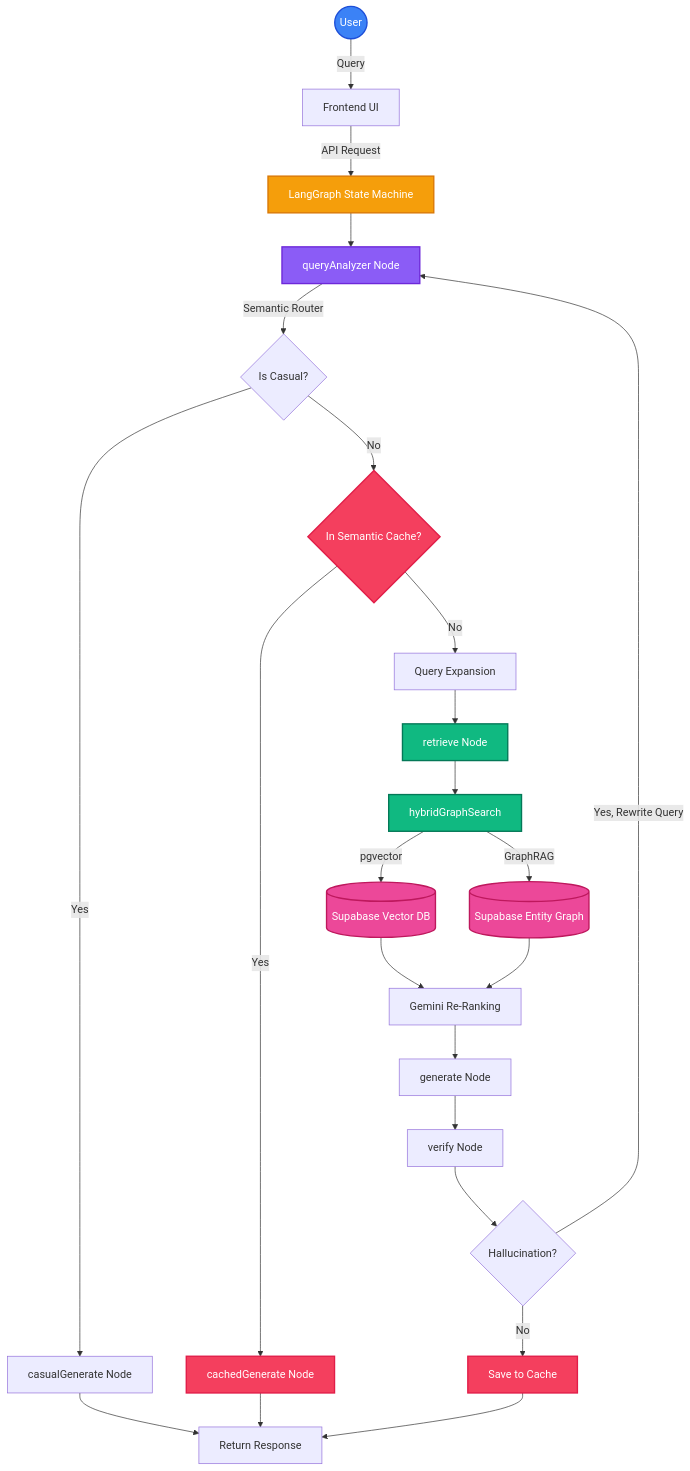
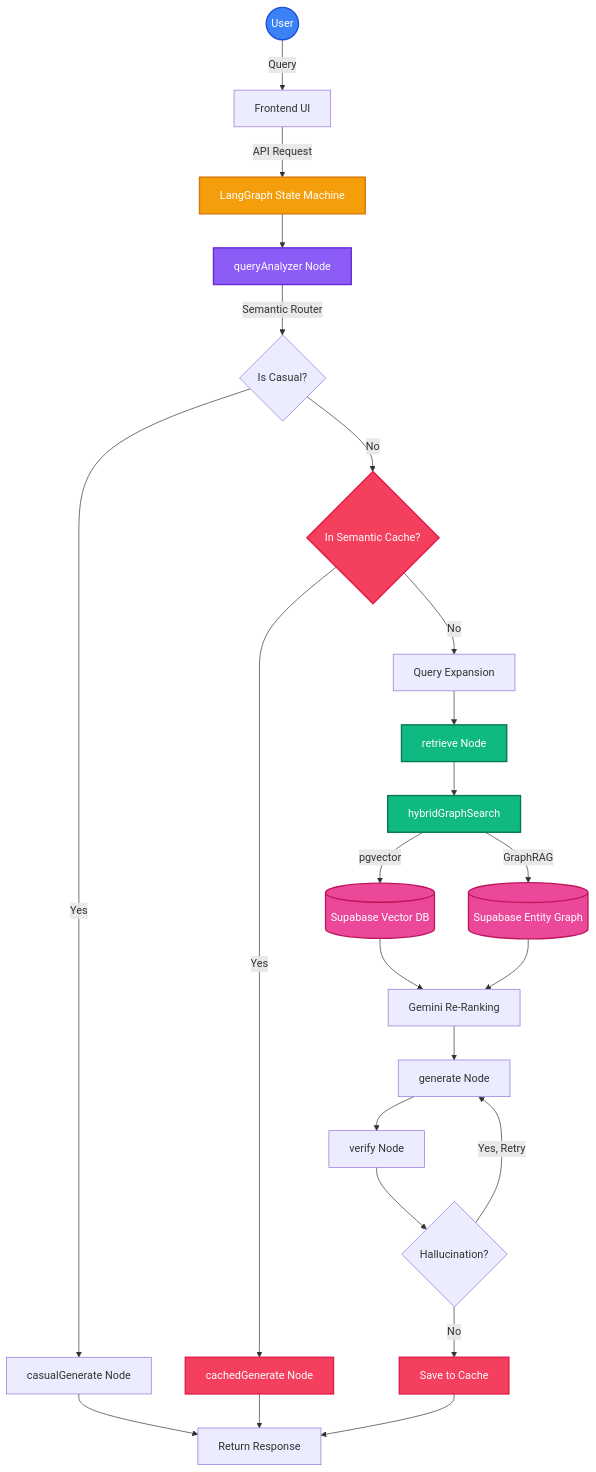
The diagram in README.md (Ayush-kathil/cura-assistant-RAG), drawn with Mermaid before and after one commit. The commit also changed other lines of this file, not shown here.

Commit message:
docs: rewrite README with single accurate diagram and humanized tone

````diff
--- a/README.md
+++ b/README.md
@@ -95,44 +11,44 @@
 ```mermaid
 graph TD
     %% Define Styles
     classDef user fill:#3b82f6,stroke:#1d4ed8,stroke-width:2px,color:#fff
     classDef state fill:#f59e0b,stroke:#d97706,stroke-width:2px,color:#fff
     classDef router fill:#8b5cf6,stroke:#6d28d9,stroke-width:2px,color:#fff
     classDef search fill:#10b981,stroke:#047857,stroke-width:2px,color:#fff
     classDef db fill:#ec4899,stroke:#be185d,stroke-width:2px,color:#fff
     classDef cache fill:#f43f5e,stroke:#e11d48,stroke-width:2px,color:#fff
 
     User((User)):::user -->|Query| UI[Frontend UI]
     UI -->|API Request| Graph[LangGraph State Machine]:::state
     
     Graph --> QA[queryAnalyzer Node]:::router
     QA -->|Semantic Router| CheckCasual{Is Casual?}
     
     %% Casual Flow
     CheckCasual -->|Yes| CasualGen[casualGenerate Node]
     CasualGen --> Return[Return Response]
     
     %% Cache Flow
     CheckCasual -->|No| CheckCache{In Semantic Cache?}:::cache
     CheckCache -->|Yes| CachedGen[cachedGenerate Node]:::cache
     CachedGen --> Return
     
     %% Search Flow
     CheckCache -->|No| Expand[Query Expansion]
     Expand --> Retrieve[retrieve Node]:::search
     Retrieve --> HybridSearch[hybridGraphSearch]:::search
     
     %% Databases
     HybridSearch -->|pgvector| VectorDB[(Supabase Vector DB)]:::db
     HybridSearch -->|GraphRAG| GraphDB[(Supabase Entity Graph)]:::db
     VectorDB --> Rerank[Gemini Re-Ranking]
     GraphDB --> Rerank
     Rerank --> Gen[generate Node]
     
     %% Verification Loop
     Gen --> Verify[verify Node]
     Verify --> CheckHallucination{Hallucination?}
-    CheckHallucination -->|Yes, Rewrite Query| QA
+    CheckHallucination -->|Yes, Retry| Gen
     CheckHallucination -->|No| SaveCache[Save to Cache]:::cache
     SaveCache --> Return
 ```
````
